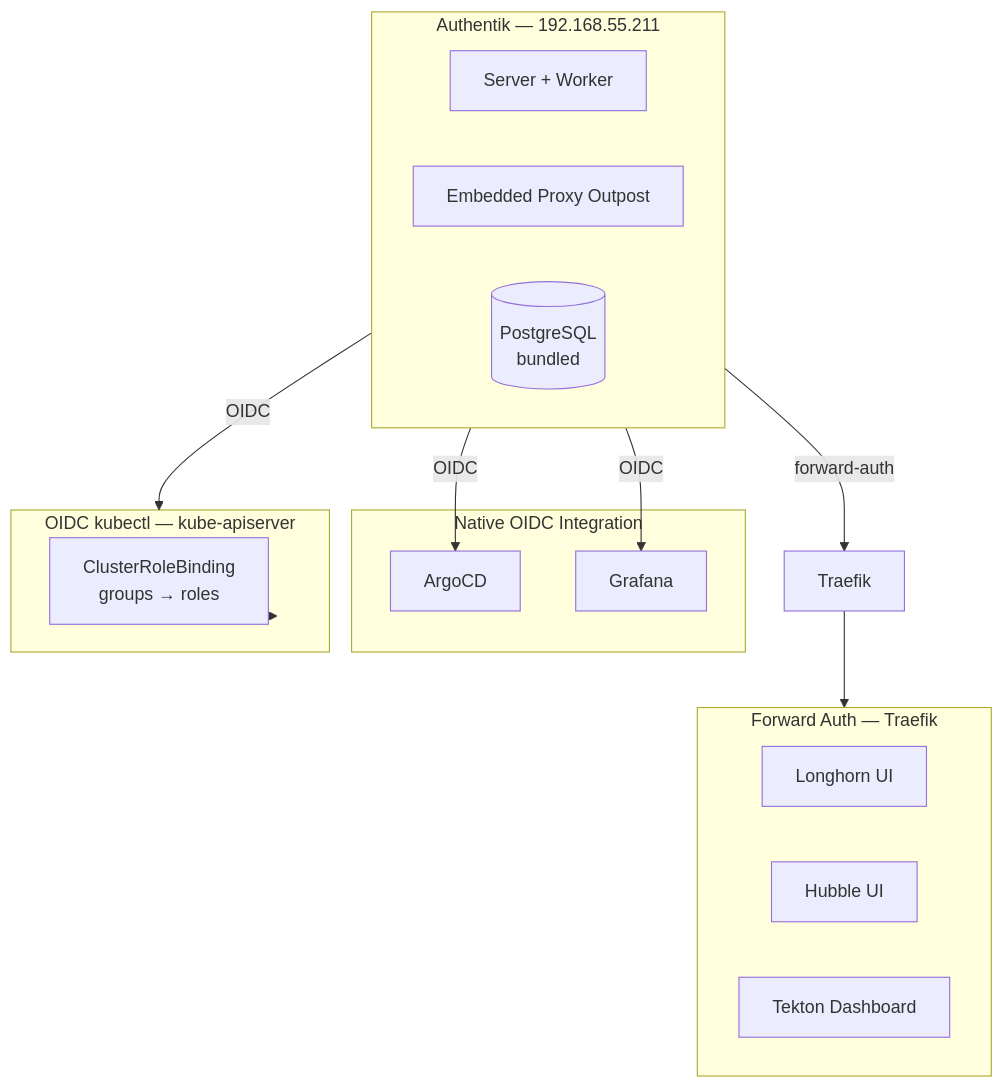
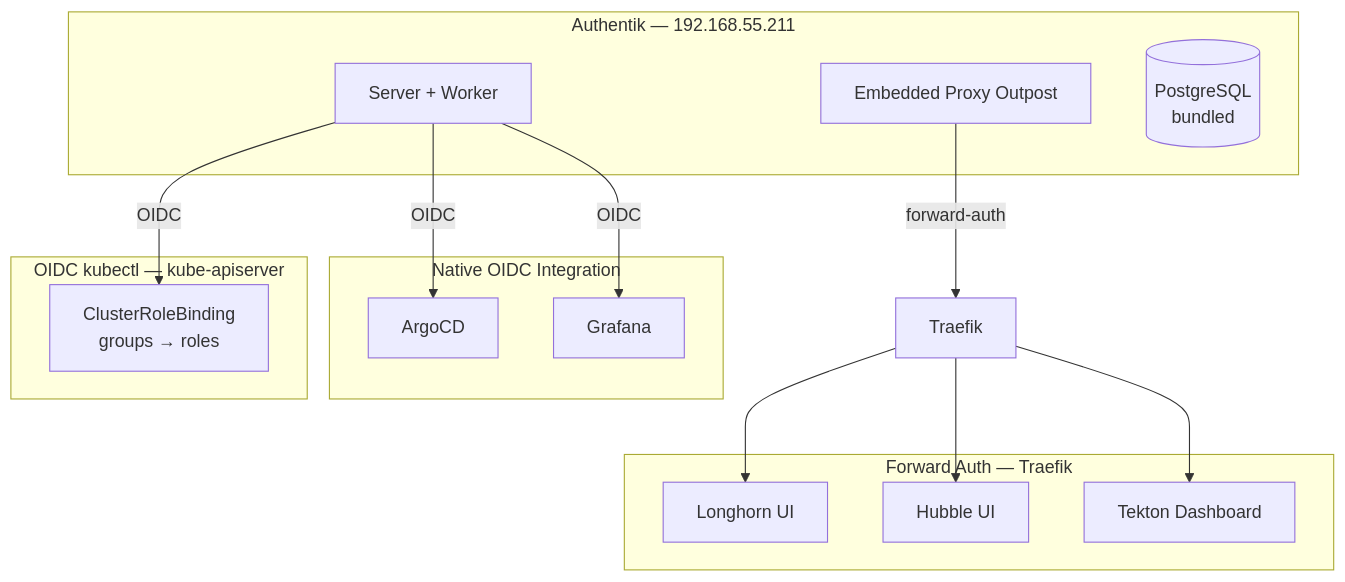
One commit to derio-net/frank changed the diagram in blog/content/docs/building/13-unified-auth/index.md. Above: the diagram before and after it, drawn with Mermaid. The commit also changed 24 other files, not shown here.

````diff
--- a/blog/content/docs/building/13-unified-auth/index.md
+++ b/blog/content/docs/building/13-unified-auth/index.md
@@ -21,27 +21,28 @@
 ```mermaid
 flowchart TD
   subgraph IdP[Authentik — 192.168.55.211]
     Server[Server + Worker]
     Outpost[Embedded Proxy Outpost]
     PG[(PostgreSQL<br/>bundled)]
   end
   subgraph OIDC[Native OIDC Integration]
     ArgoCD[ArgoCD]
     Grafana[Grafana]
   end
   subgraph Proxy[Forward Auth — Traefik]
     Longhorn[Longhorn UI]
     Hubble[Hubble UI]
     Tekton[Tekton Dashboard]
   end
   subgraph K8s[OIDC kubectl — kube-apiserver]
     RBAC[ClusterRoleBinding<br/>groups → roles]
   end
 
-  IdP -->|OIDC| ArgoCD
-  IdP -->|OIDC| Grafana
-  IdP -->|forward-auth| Traefik
-  Traefik --> Proxy
-  IdP -->|OIDC| K8s
-  K8s --> RBAC
+  Server -->|OIDC| ArgoCD
+  Server -->|OIDC| Grafana
+  Outpost -->|forward-auth| Traefik
+  Traefik --> Longhorn
+  Traefik --> Hubble
+  Traefik --> Tekton
+  Server -->|OIDC| RBAC
 ```
````
